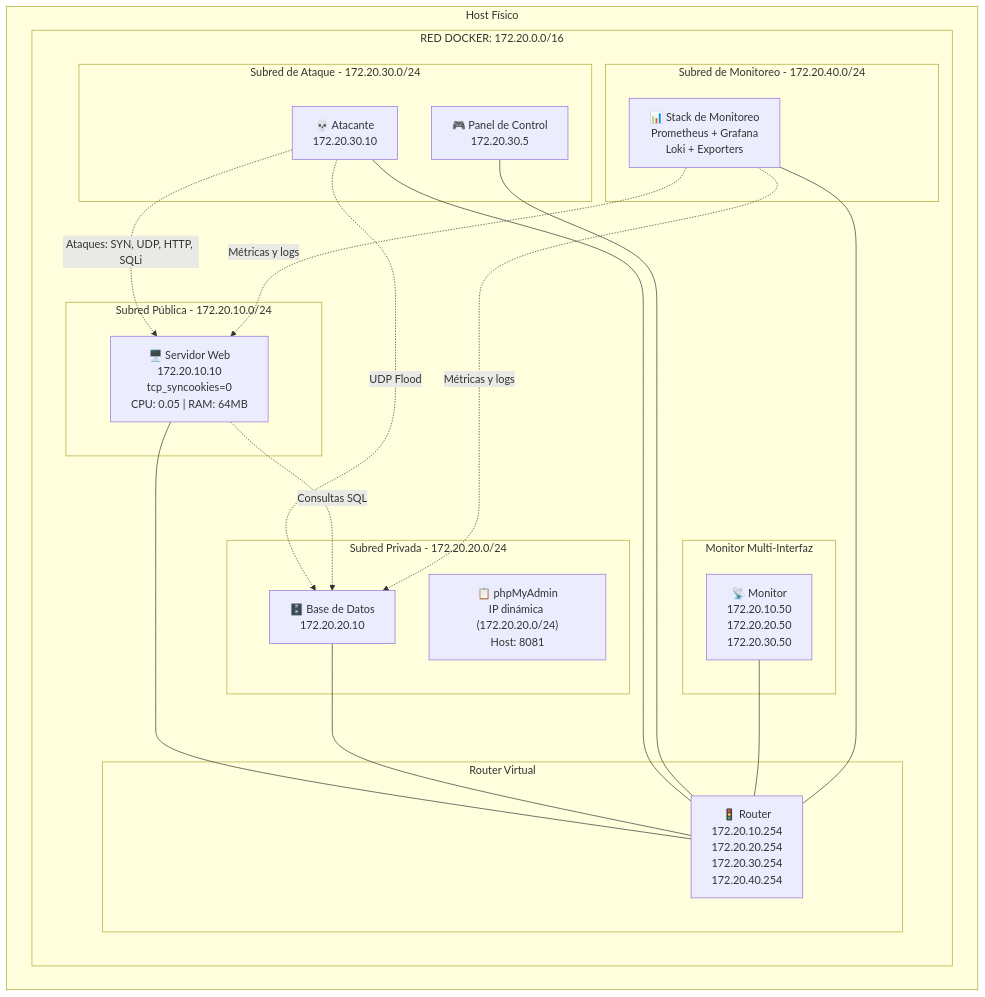
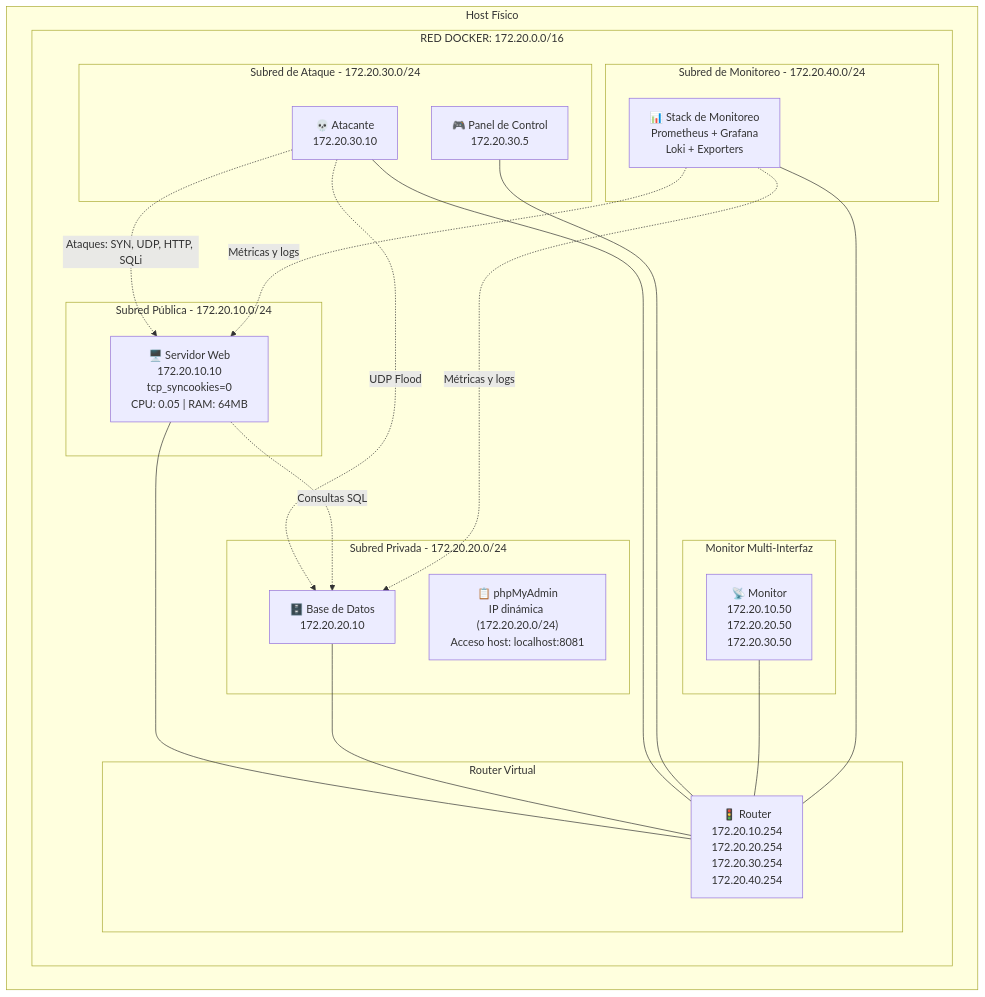
One commit to Santiago79/proyecto-redes-usfq changed the diagram in README.md. Above: the diagram before and after it, drawn with Mermaid. The commit also changed other lines of this file, not shown here.

First line of the commit message:
Polish README intro and phpMyAdmin access

````diff
--- a/README.md
+++ b/README.md
@@ -17,47 +19,47 @@
 ```mermaid
 graph TD
     subgraph "Host Físico"
         subgraph "RED DOCKER: 172.20.0.0/16"
             
             subgraph "Subred Pública - 172.20.10.0/24"
                 WEB["🖥️ Servidor Web<br/>172.20.10.10<br/>tcp_syncookies=0<br/>CPU: 0.05 | RAM: 64MB"]
             end
 
             subgraph "Subred Privada - 172.20.20.0/24"
                 DB["🗄️ Base de Datos<br/>172.20.20.10"]
-                PHPMYADMIN["📋 phpMyAdmin<br/>IP dinámica (172.20.20.0/24)<br/>Host: 8081"]
+                PHPMYADMIN["📋 phpMyAdmin<br/>IP dinámica (172.20.20.0/24)<br/>Acceso host: localhost:8081"]
             end
 
             subgraph "Subred de Ataque - 172.20.30.0/24"
                 ATTACKER["💀 Atacante<br/>172.20.30.10"]
                 PANEL["🎮 Panel de Control<br/>172.20.30.5"]
             end
 
             subgraph "Subred de Monitoreo - 172.20.40.0/24"
                 OBS["📊 Stack de Monitoreo<br/>Prometheus + Grafana<br/>Loki + Exporters"]
             end
 
             subgraph "Router Virtual"
                 ROUTER["🚦 Router<br/>172.20.10.254<br/>172.20.20.254<br/>172.20.30.254<br/>172.20.40.254"]
             end
 
             subgraph "Monitor Multi-Interfaz"
                 MONITOR["📡 Monitor<br/>172.20.10.50<br/>172.20.20.50<br/>172.20.30.50"]
             end
 
         end
     end
 
     WEB --- ROUTER
     DB --- ROUTER
     ATTACKER --- ROUTER
     PANEL --- ROUTER
     MONITOR --- ROUTER
     OBS --- ROUTER
 
     ATTACKER -.->|Ataques: SYN, UDP, HTTP, SQLi| WEB
     ATTACKER -.->|UDP Flood| DB
     WEB -.->|Consultas SQL| DB
     OBS -.->|Métricas y logs| WEB
     OBS -.->|Métricas y logs| DB
 ```
````
